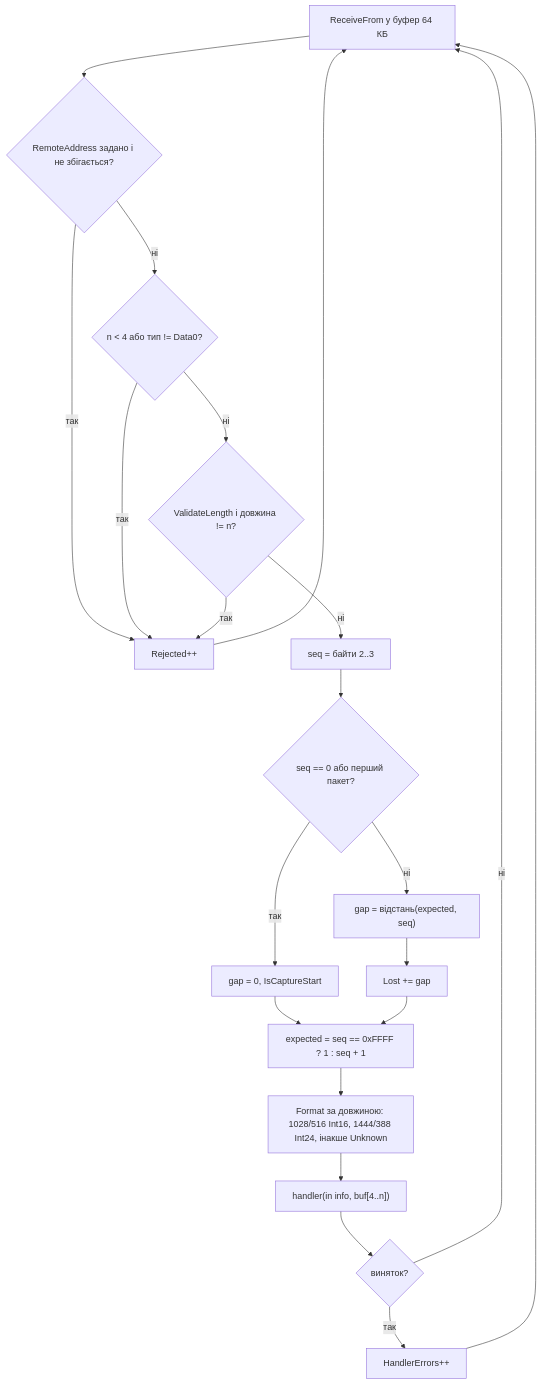
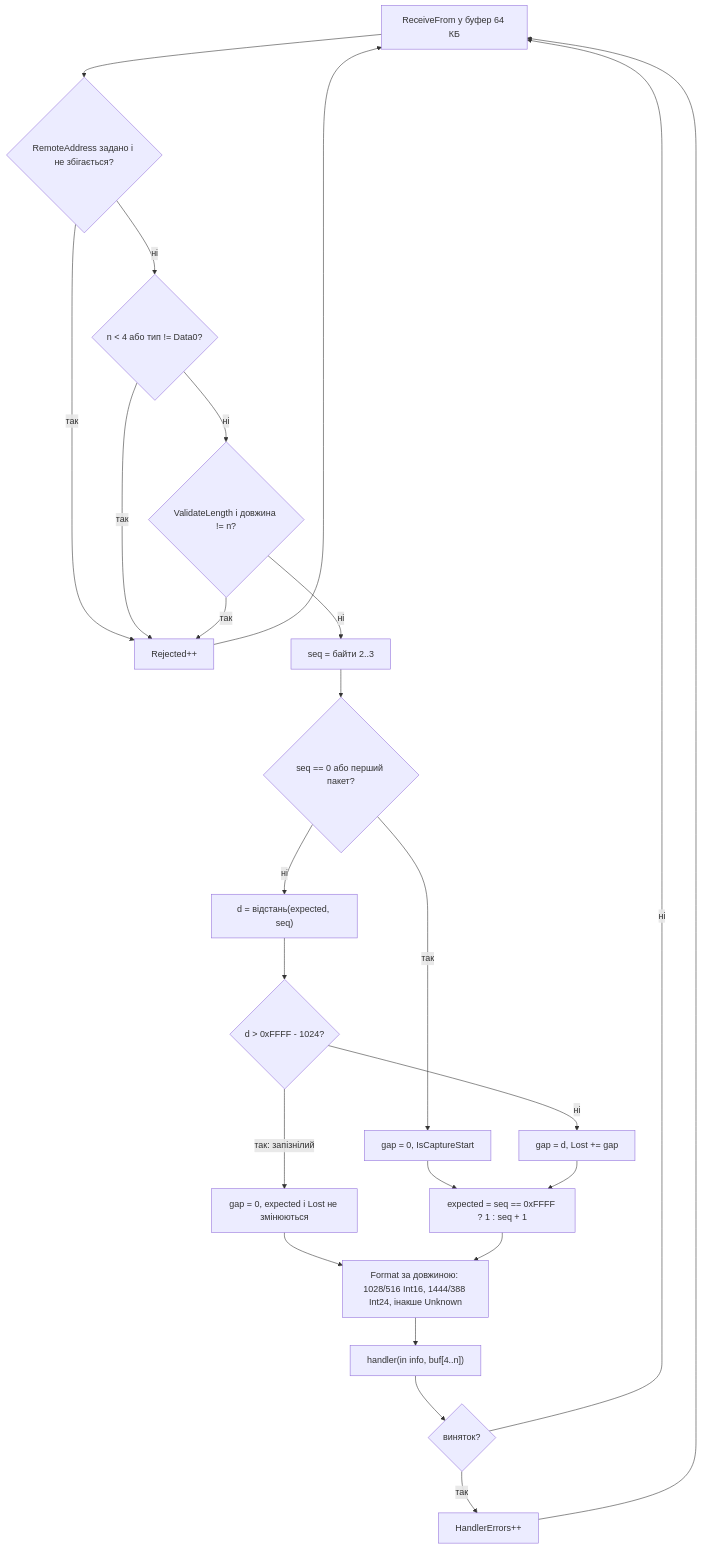
Before and after one commit to vadimart92/NetSdrClient: the fifth of 7 diagrams in docs/superpowers/specs/2026-10-02-netsdr-framework-design.md, drawn with Mermaid. The commit also changed other lines of this file and 1 other file, not shown here.

````diff
--- a/docs/superpowers/specs/2026-10-02-netsdr-framework-design.md
+++ b/docs/superpowers/specs/2026-10-02-netsdr-framework-design.md
@@ -457,23 +490,26 @@
 ```mermaid
 flowchart TB
     L1[ReceiveFrom у буфер 64 КБ] --> L2{RemoteAddress задано і не збігається?}
     L2 -- так --> REJ[Rejected++]
     L2 -- ні --> L3{n < 4 або тип != Data0?}
     L3 -- так --> REJ
     L3 -- ні --> L4{ValidateLength і довжина != n?}
     L4 -- так --> REJ
     L4 -- ні --> L5[seq = байти 2..3]
     L5 --> L6{seq == 0 або перший пакет?}
     L6 -- так --> L7[gap = 0, IsCaptureStart]
-    L6 -- ні --> L8["gap = відстань(expected, seq)"]
-    L8 --> L9[Lost += gap]
+    L6 -- ні --> L8["d = відстань(expected, seq)"]
+    L8 --> L8a{"d > 0xFFFF - 1024?"}
+    L8a -- "так: запізнілий" --> L8b[gap = 0, expected і Lost не змінюються]
+    L8a -- ні --> L9["gap = d, Lost += gap"]
     L7 --> L10
     L9 --> L10["expected = seq == 0xFFFF ? 1 : seq + 1"]
+    L8b --> L11
     L10 --> L11[Format за довжиною: 1028/516 Int16, 1444/388 Int24, інакше Unknown]
     L11 --> L12["handler(in info, buf[4..n])"]
     L12 --> L13{виняток?}
     L13 -- так --> HE[HandlerErrors++]
     L13 -- ні --> L1
     HE --> L1
     REJ --> L1
 ```
````
